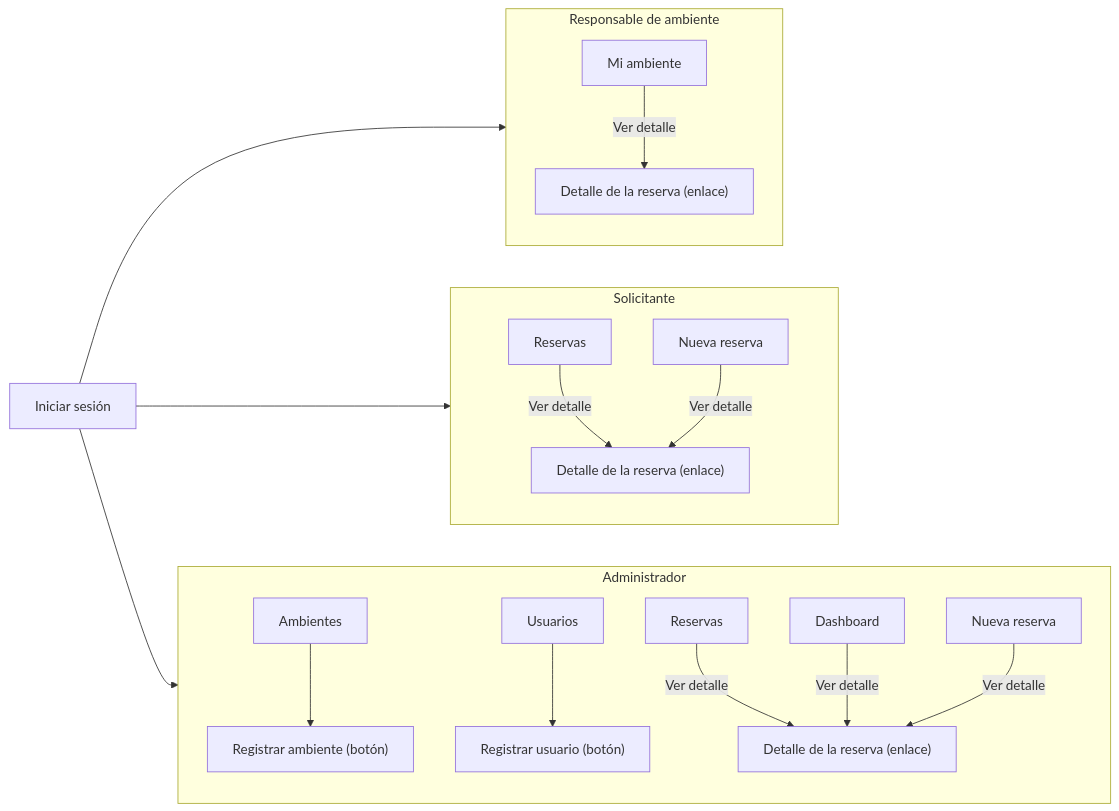
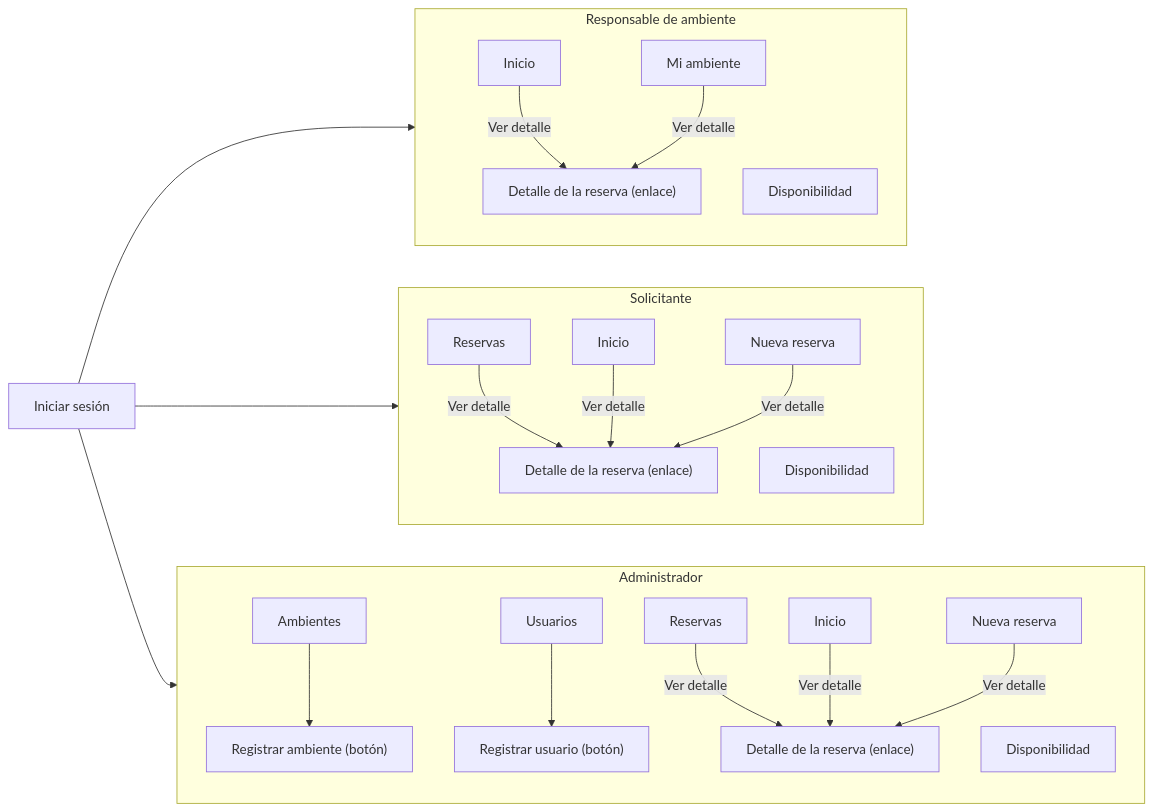
One commit to Diego271004/ReservaUPLA changed the second of 2 diagrams in docs/usabilidad/arquitectura-de-informacion.md. Above: the diagram before and after it, drawn with Mermaid. The commit also changed other lines of this file and 184 other files, not shown here.

````diff
--- a/docs/usabilidad/arquitectura-de-informacion.md
+++ b/docs/usabilidad/arquitectura-de-informacion.md
@@ -295,37 +308,44 @@
 ```mermaid
 flowchart LR
   LOGIN[Iniciar sesión]
   subgraph Administrador["Administrador"]
     direction TB
-    A_dashboard["Dashboard"]
+    A_dashboard["Inicio"]
+    A_disponibilidad["Disponibilidad"]
     A_ambientes["Ambientes"]
     A_ambientes_nuevo["Registrar ambiente (botón)"]
     A_usuarios["Usuarios"]
     A_usuarios_nuevo["Registrar usuario (botón)"]
     A_reservas_nueva["Nueva reserva"]
     A_reservas["Reservas"]
     A_reservas__id["Detalle de la reserva (enlace)"]
     A_ambientes --> A_ambientes_nuevo
     A_usuarios --> A_usuarios_nuevo
     A_reservas -->|Ver detalle| A_reservas__id
     A_dashboard -->|Ver detalle| A_reservas__id
     A_reservas_nueva -->|Ver detalle| A_reservas__id
   end
   LOGIN --> A_dashboard
   subgraph Solicitante["Solicitante"]
     direction TB
+    S_dashboard["Inicio"]
+    S_disponibilidad["Disponibilidad"]
     S_reservas_nueva["Nueva reserva"]
     S_reservas["Reservas"]
     S_reservas__id["Detalle de la reserva (enlace)"]
     S_reservas -->|Ver detalle| S_reservas__id
+    S_dashboard -->|Ver detalle| S_reservas__id
     S_reservas_nueva -->|Ver detalle| S_reservas__id
   end
-  LOGIN --> S_reservas_nueva
+  LOGIN --> S_dashboard
   subgraph Responsable["Responsable de ambiente"]
     direction TB
+    R_dashboard["Inicio"]
+    R_disponibilidad["Disponibilidad"]
     R_reservas__id["Detalle de la reserva (enlace)"]
     R_mi_ambiente["Mi ambiente"]
+    R_dashboard -->|Ver detalle| R_reservas__id
     R_mi_ambiente -->|Ver detalle| R_reservas__id
   end
-  LOGIN --> R_mi_ambiente
+  LOGIN --> R_dashboard
 ```
````
